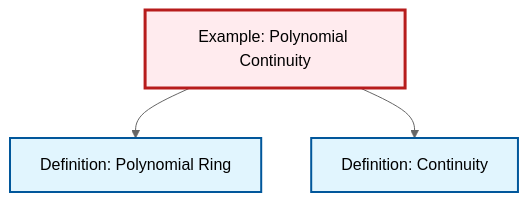
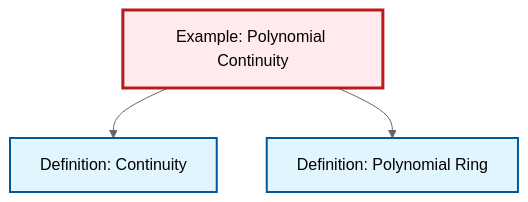
Before and after one commit to RK0429/ModernMath: the diagram in content/ja/analysis/ex-polynomial-continuity.qmd, drawn with Mermaid (neutral theme). The commit also changed other lines of this file and 474 other files, not shown here.

````diff
--- a/content/ja/analysis/ex-polynomial-continuity.qmd
+++ b/content/ja/analysis/ex-polynomial-continuity.qmd
@@ -58,17 +58,17 @@
 ```{mermaid}
 %%| fig-cap: "Local dependency graph"
 graph TD
     classDef definition fill:#e1f5fe,stroke:#01579b,stroke-width:2px
     classDef theorem fill:#f3e5f5,stroke:#4a148c,stroke-width:2px
     classDef axiom fill:#fff3e0,stroke:#e65100,stroke-width:2px
     classDef example fill:#e8f5e9,stroke:#1b5e20,stroke-width:2px
     classDef current fill:#ffebee,stroke:#b71c1c,stroke-width:3px
+    ex-polynomial-continuity["Example: Polynomial Continuity"]:::example
     def-polynomial-ring["Definition: Polynomial Ring"]:::definition
-    ex-polynomial-continuity["Example: Polynomial Continuity"]:::example
     def-continuity["Definition: Continuity"]:::definition
+    ex-polynomial-continuity --> def-continuity
     ex-polynomial-continuity --> def-polynomial-ring
-    ex-polynomial-continuity --> def-continuity
     class ex-polynomial-continuity current
     click def-polynomial-ring "def-polynomial-ring.html" "Definition: Polynomial Ringへ"
     click def-continuity "def-continuity.html" "Definition: Continuityへ"
 ```
````
